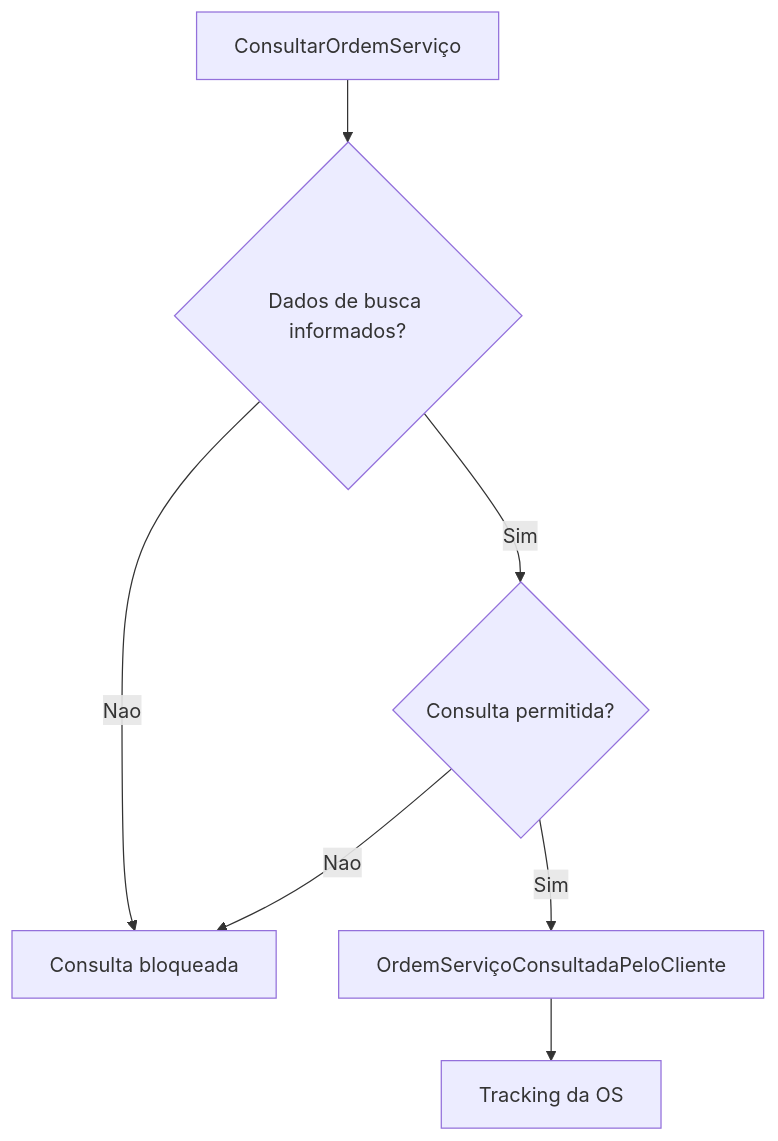
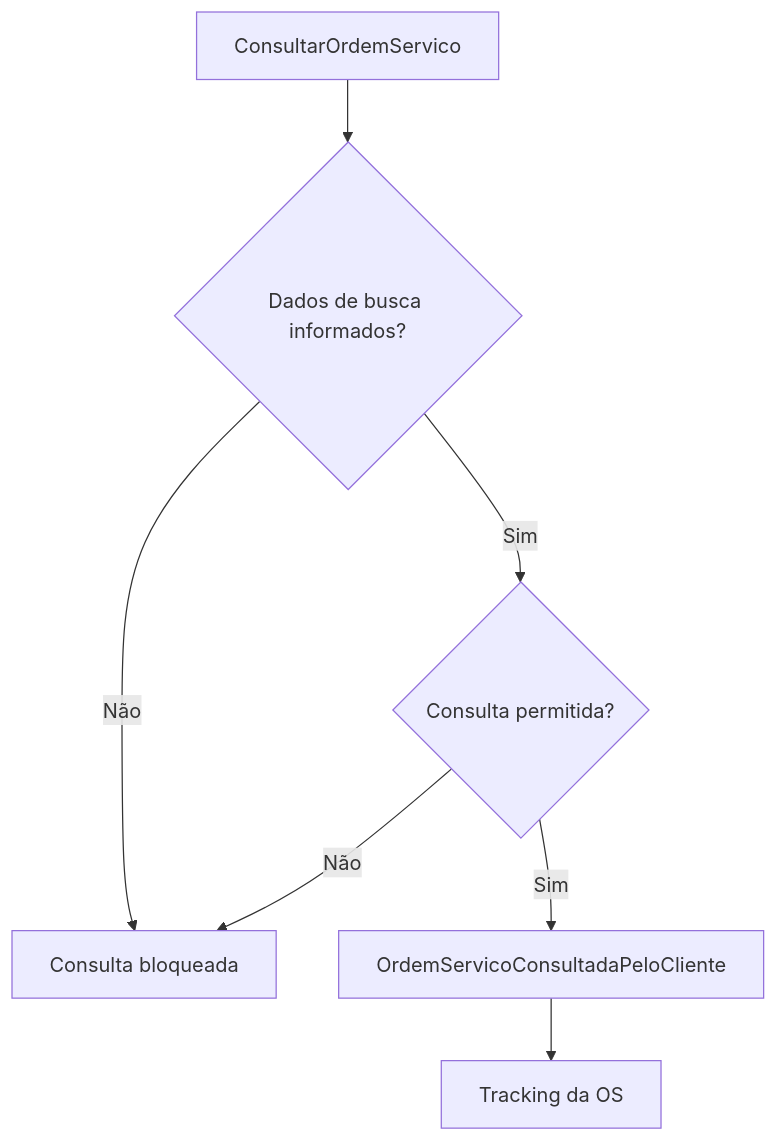
The fifth of 7 diagrams in docs/EVENT_STORMING.md (yxsbx/SOAT-FIAP), drawn with Mermaid before and after one commit. The commit also changed other lines of this file and 13 other files, not shown here.

````diff
--- a/docs/EVENT_STORMING.md
+++ b/docs/EVENT_STORMING.md
@@ -403,15 +405,15 @@
 ```mermaid
 flowchart TD
-    C1["ConsultarOrdemServiço"]
+    C1["ConsultarOrdemServico"]
     P1{"Dados de busca informados?"}
     P2{"Consulta permitida?"}
-    E1["OrdemServiçoConsultadaPeloCliente"]
+    E1["OrdemServicoConsultadaPeloCliente"]
     L1["Tracking da OS"]
     X1["Consulta bloqueada"]
 
     C1 --> P1
-    P1 -- "Nao" --> X1
+    P1 -- "Não" --> X1
     P1 -- "Sim" --> P2
-    P2 -- "Nao" --> X1
+    P2 -- "Não" --> X1
     P2 -- "Sim" --> E1 --> L1
 ```
````
